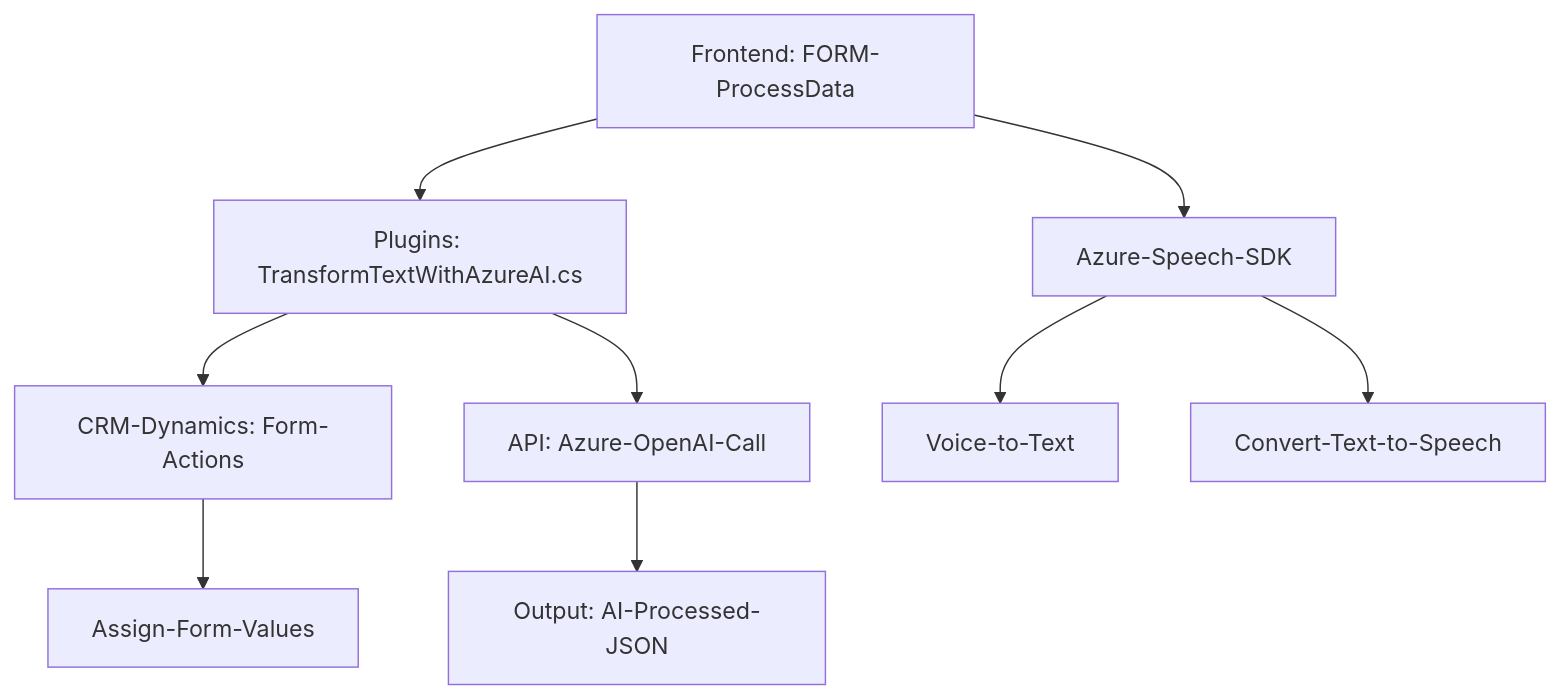
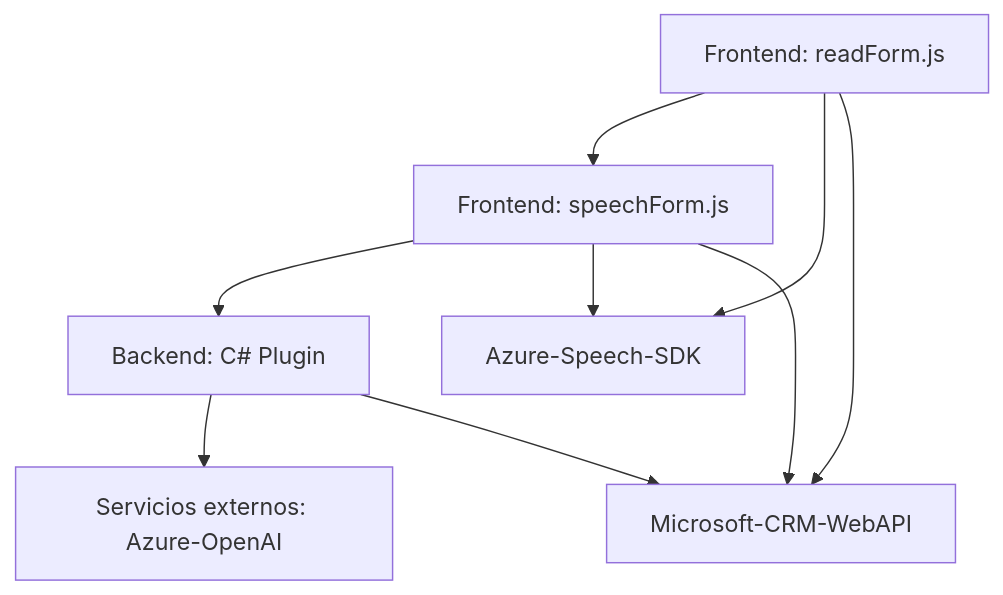
The diagram in README.md (blopezdm/NETCORE_BILBAO2025), drawn with Mermaid before and after one commit. The commit also changed other lines of this file, not shown here.

````diff
--- a/README.md
+++ b/README.md
@@ -31,11 +69,11 @@
 ```mermaid
 graph TD
-    A["Frontend: FORM-ProcessData"] --> B["Azure-Speech-SDK"]
-    A --> C["Plugins: TransformTextWithAzureAI.cs"]
-    C --> D["CRM-Dynamics: Form-Actions"]
-    C --> E["API: Azure-OpenAI-Call"]
-    B --> F["Voice-to-Text"]
-    B --> G["Convert-Text-to-Speech"]
-    E --> H["Output: AI-Processed-JSON"]
-    D --> I["Assign-Form-Values"]
+    A["Frontend: readForm.js"] --> B["Frontend: speechForm.js"]
+    B --> C["Backend: C# Plugin"]
+    A --> D["Azure-Speech-SDK"]
+    B --> D
+    C --> E["Servicios externos: Azure-OpenAI"]
+    C --> F["Microsoft-CRM-WebAPI"]
+    A --> F
+    B --> F
 ```
````
